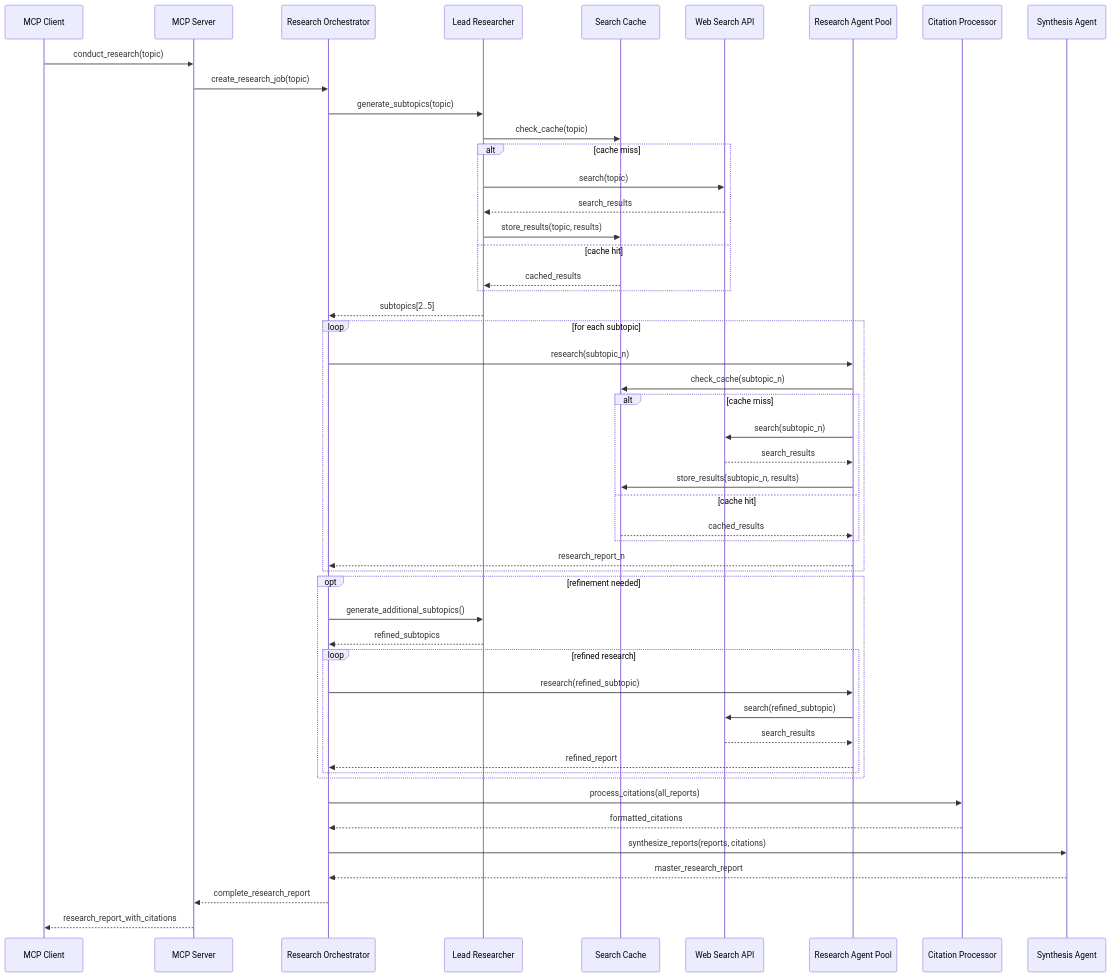
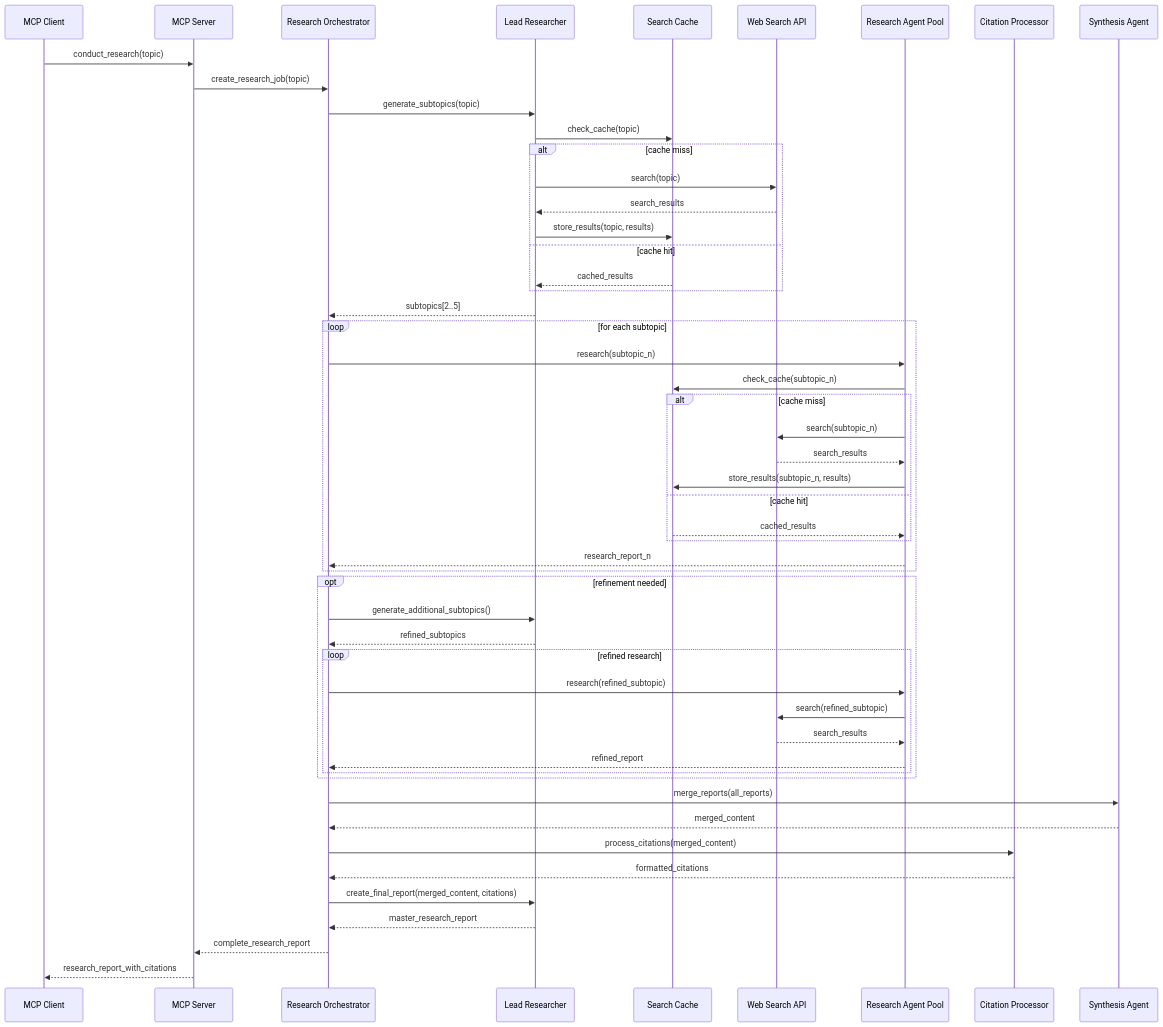
The diagram in README.md (karashiiro/research-mcp), drawn with Mermaid before and after one commit.

Commit message:
Minor tweaks

````diff
--- a/README.md
+++ b/README.md
@@ -88,59 +88,62 @@
 ```mermaid
 sequenceDiagram
     participant Client as MCP Client
     participant Server as MCP Server
     participant Orchestrator as Research Orchestrator
     participant Lead as Lead Researcher
     participant Cache as Search Cache
     participant Web as Web Search API
     participant Pool as Research Agent Pool
     participant Citations as Citation Processor
     participant Synthesis as Synthesis Agent
 
     Client->>Server: conduct_research(topic)
     Server->>Orchestrator: create_research_job(topic)
     
     Orchestrator->>Lead: generate_subtopics(topic)
     Lead->>Cache: check_cache(topic)
     alt cache miss
         Lead->>Web: search(topic)
         Web-->>Lead: search_results
         Lead->>Cache: store_results(topic, results)
     else cache hit
         Cache-->>Lead: cached_results
     end
     Lead-->>Orchestrator: subtopics[2..5]
     
     loop for each subtopic
         Orchestrator->>Pool: research(subtopic_n)
         Pool->>Cache: check_cache(subtopic_n)
         alt cache miss
             Pool->>Web: search(subtopic_n)
             Web-->>Pool: search_results
             Pool->>Cache: store_results(subtopic_n, results)
         else cache hit
             Cache-->>Pool: cached_results
         end
         Pool-->>Orchestrator: research_report_n
     end
     
     opt refinement needed
         Orchestrator->>Lead: generate_additional_subtopics()
         Lead-->>Orchestrator: refined_subtopics
         loop refined research
             Orchestrator->>Pool: research(refined_subtopic)
             Pool->>Web: search(refined_subtopic)
             Web-->>Pool: search_results
             Pool-->>Orchestrator: refined_report
         end
     end
     
-    Orchestrator->>Citations: process_citations(all_reports)
+    Orchestrator->>Synthesis: merge_reports(all_reports)
+    Synthesis-->>Orchestrator: merged_content
+    
+    Orchestrator->>Citations: process_citations(merged_content)
     Citations-->>Orchestrator: formatted_citations
     
-    Orchestrator->>Synthesis: synthesize_reports(reports, citations)
-    Synthesis-->>Orchestrator: master_research_report
+    Orchestrator->>Lead: create_final_report(merged_content, citations)
+    Lead-->>Orchestrator: master_research_report
     
     Orchestrator-->>Server: complete_research_report
     Server-->>Client: research_report_with_citations
 ```
````
